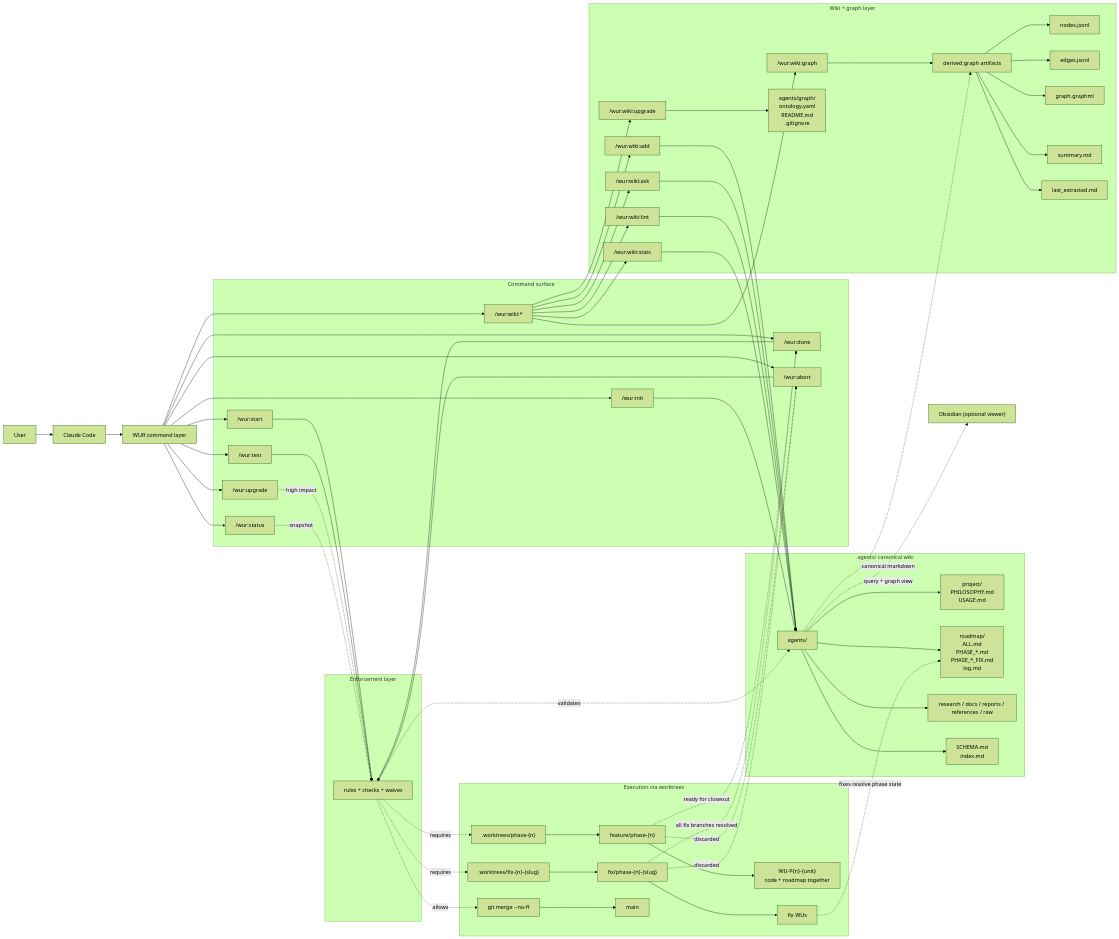
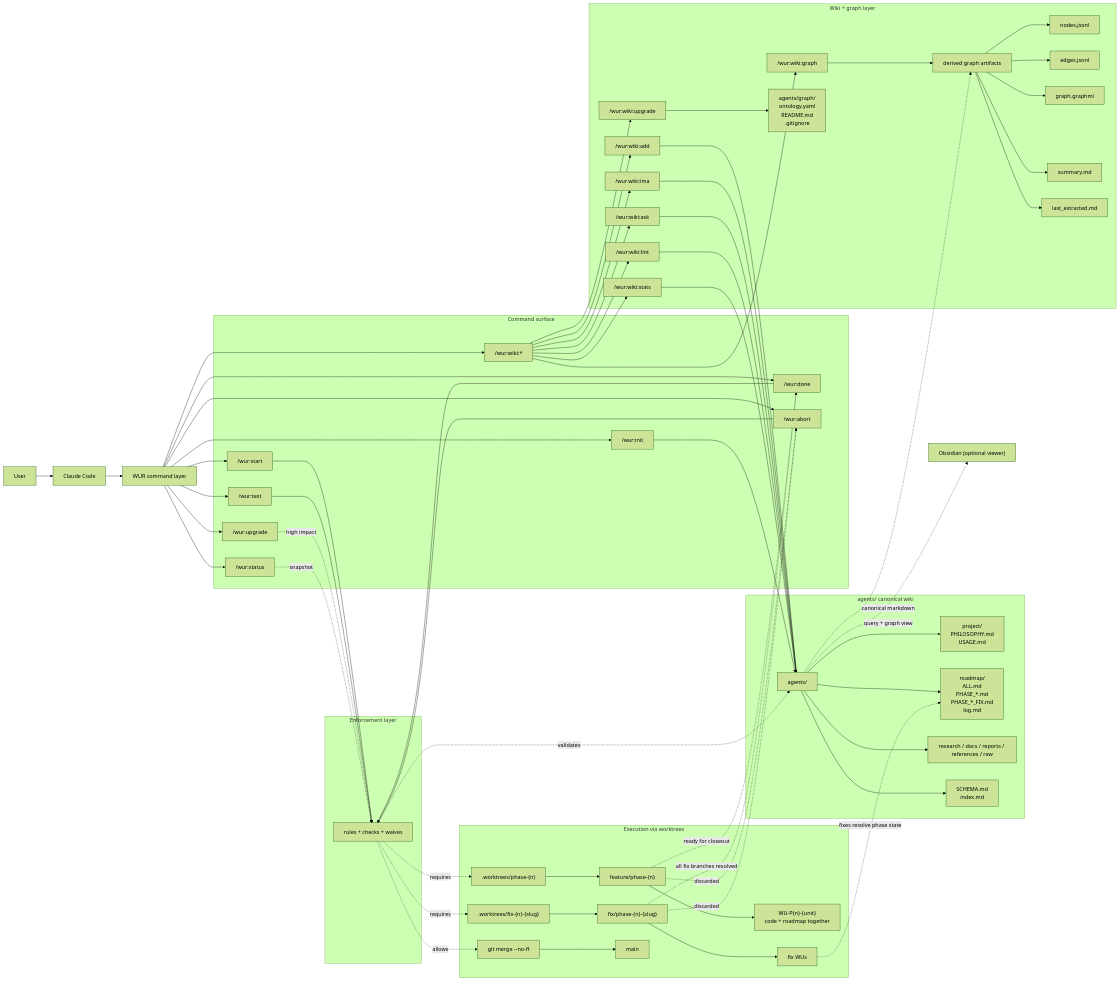
One commit to truong170201/work-unit-roadmap changed the diagram in README.md. Above: the diagram before and after it, drawn with Mermaid (forest theme). The commit also changed other lines of this file and 9 other files, not shown here.

Commit message:
Add IMA wiki command

```diff
--- a/README.md
+++ b/README.md
@@ -313,6 +322,7 @@
     subgraph WL["Wiki + graph layer"]
         UPG["/wur:wiki:upgrade"]
         ADD["/wur:wiki:add"]
+        IMA["/wur:wiki:ima"]
         ASK["/wur:wiki:ask"]
         LINT["/wur:wiki:lint"]
         STATS["/wur:wiki:stats"]
@@ -328,6 +338,7 @@
 
     WK --> UPG
     WK --> ADD
+    WK --> IMA
     WK --> ASK
     WK --> LINT
     WK --> STATS
@@ -335,6 +346,7 @@
 
     UPG --> GL
     ADD --> A
+    IMA --> A
     ASK --> A
     LINT --> A
     STATS --> A
```
